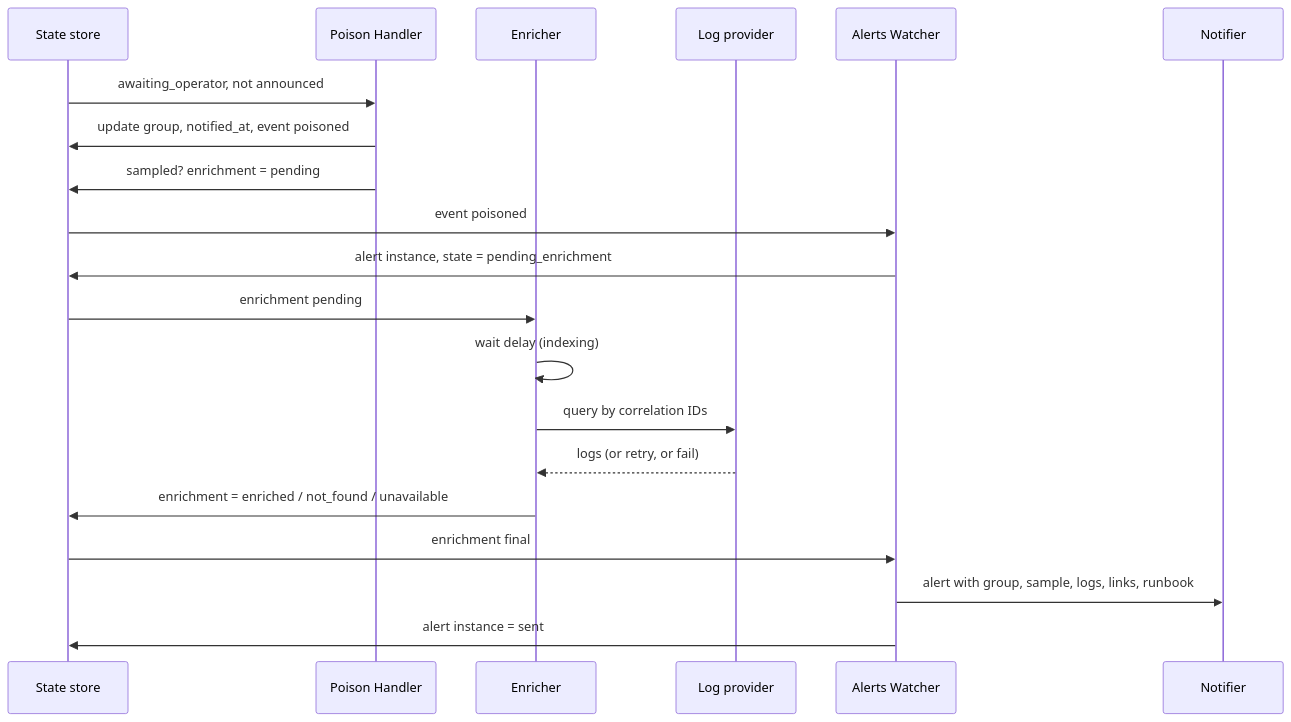
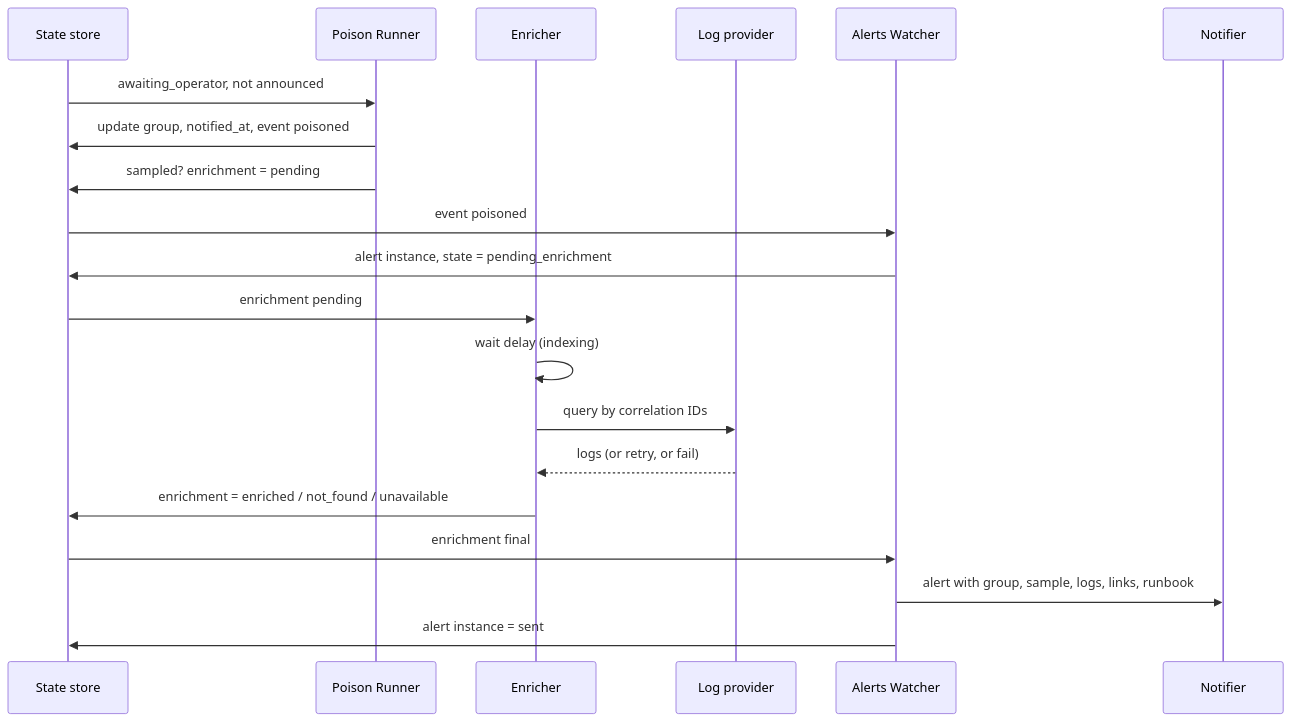
Before and after one commit to opendlq/OpenDLQ: the fifth of 9 diagrams in docs/flows.md, drawn with Mermaid. The commit also changed 1 other file, not shown here.

Commit message:
docs: rename Poison Handler to Poison Runner
Claude-Session: https://claude.ai/code/session_01KbKZ15adkjRi15bCpcZNqv

````diff
--- a/docs/flows.md
+++ b/docs/flows.md
@@ -111,22 +111,22 @@
 ```mermaid
 sequenceDiagram
     participant S as State store
-    participant PH as Poison Handler
+    participant PH as Poison Runner
     participant E as Enricher
     participant LP as Log provider
     participant AW as Alerts Watcher
     participant N as Notifier
     S->>PH: awaiting_operator, not announced
     PH->>S: update group, notified_at, event poisoned
     PH->>S: sampled? enrichment = pending
     S->>AW: event poisoned
     AW->>S: alert instance, state = pending_enrichment
     S->>E: enrichment pending
     E->>E: wait delay (indexing)
     E->>LP: query by correlation IDs
     LP-->>E: logs (or retry, or fail)
     E->>S: enrichment = enriched / not_found / unavailable
     S->>AW: enrichment final
     AW->>N: alert with group, sample, logs, links, runbook
     AW->>S: alert instance = sent
 ```
````
